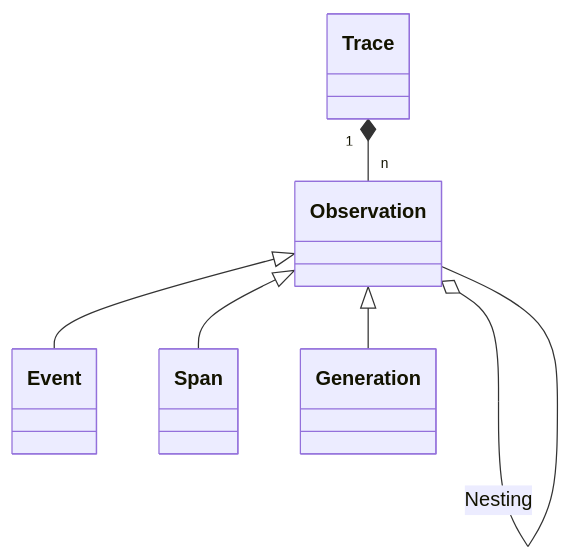
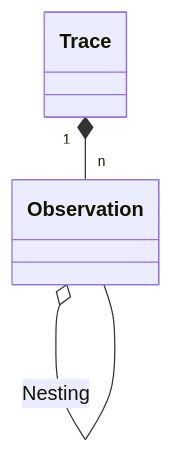
The first of 3 diagrams in pages/docs/tracing-data-model.mdx (langfuse/langfuse-docs), drawn with Mermaid before and after one commit. The commit also changed other lines of this file, not shown here.

Commit message:
docs: enhance tracing data model documentation and improve table styling

````diff
--- a/pages/docs/tracing-data-model.mdx
+++ b/pages/docs/tracing-data-model.mdx
@@ -30,8 +30,5 @@
 ```mermaid
 classDiagram
     Trace "1" *-- "n" Observation
-    Observation <|-- Event
-    Observation <|-- Span
-    Observation <|-- Generation
     Observation o-- Observation: Nesting
 ```
````
